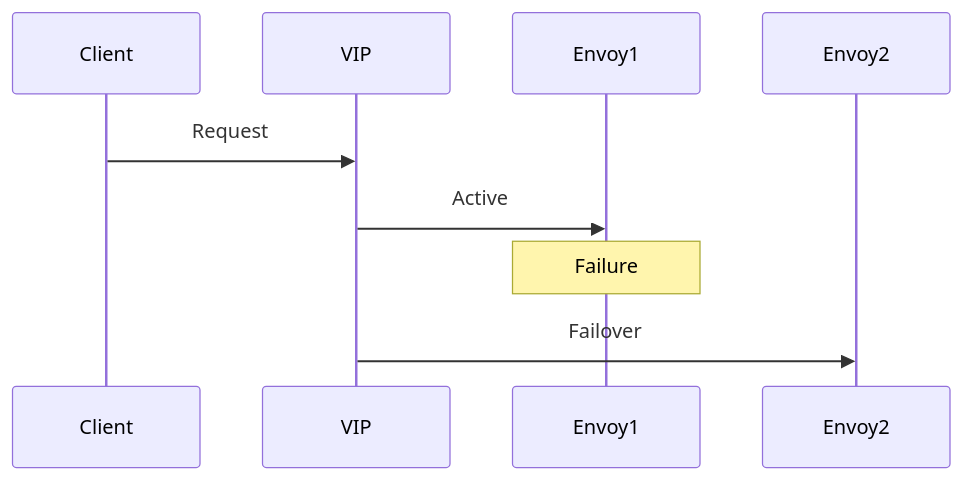
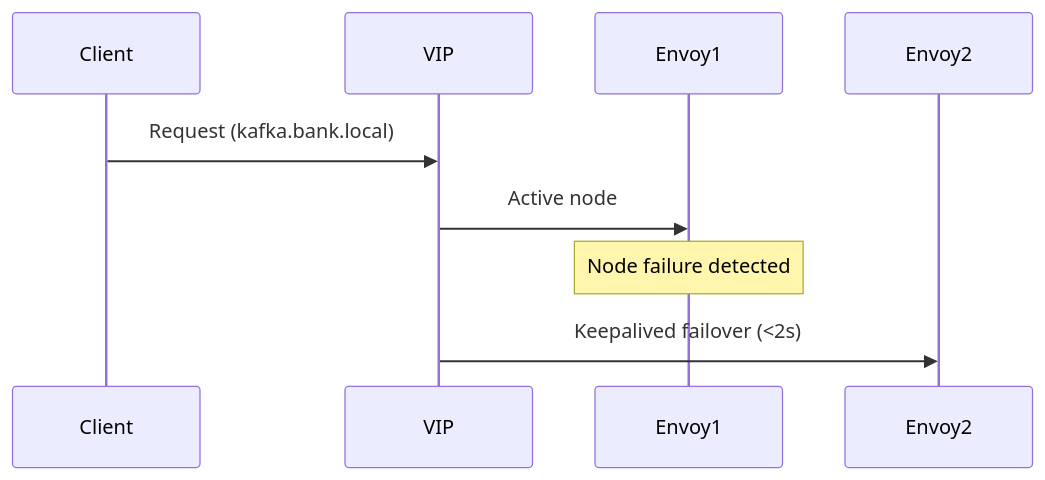
The second of 2 diagrams in README.md (rajasekar21/kafka-kraft-envoy-platform), drawn with Mermaid before and after one commit. The commit also changed other lines of this file, not shown here.

````diff
--- a/README.md
+++ b/README.md
@@ -77,9 +231,7 @@
-```mermaid id="arch03"
+```mermaid
 sequenceDiagram
-    Client->>VIP: Request
-    VIP->>Envoy1: Active
-
-    Note over Envoy1: Failure
-
-    VIP->>Envoy2: Failover
+    Client->>VIP: Request (kafka.bank.local)
+    VIP->>Envoy1: Active node
+    Note over Envoy1: Node failure detected
+    VIP->>Envoy2: Keepalived failover (<2s)
 ```
````
